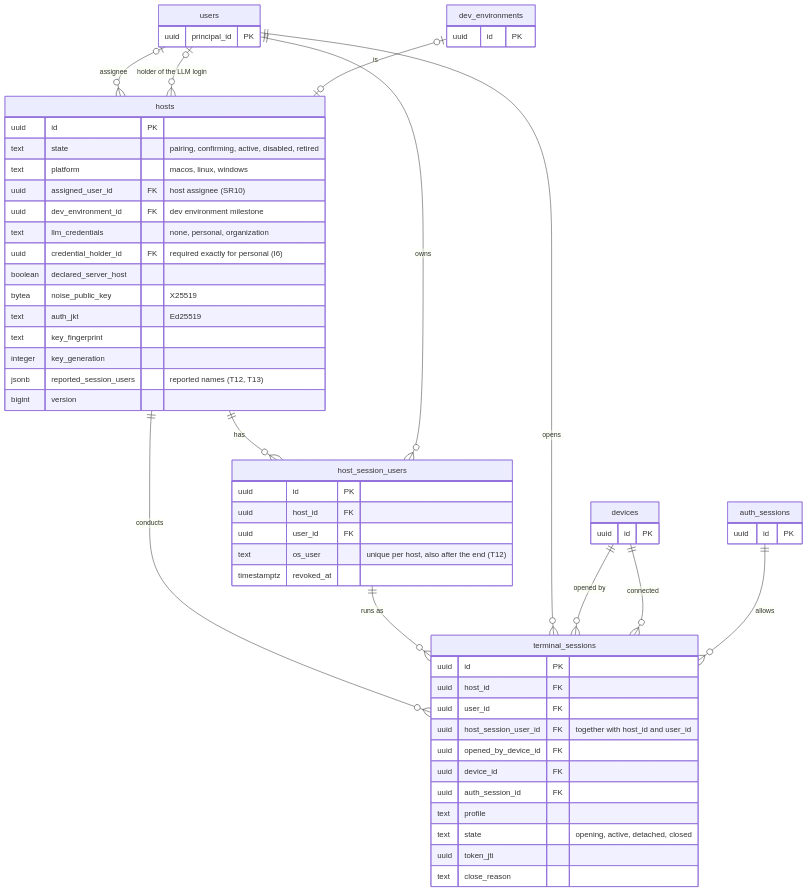
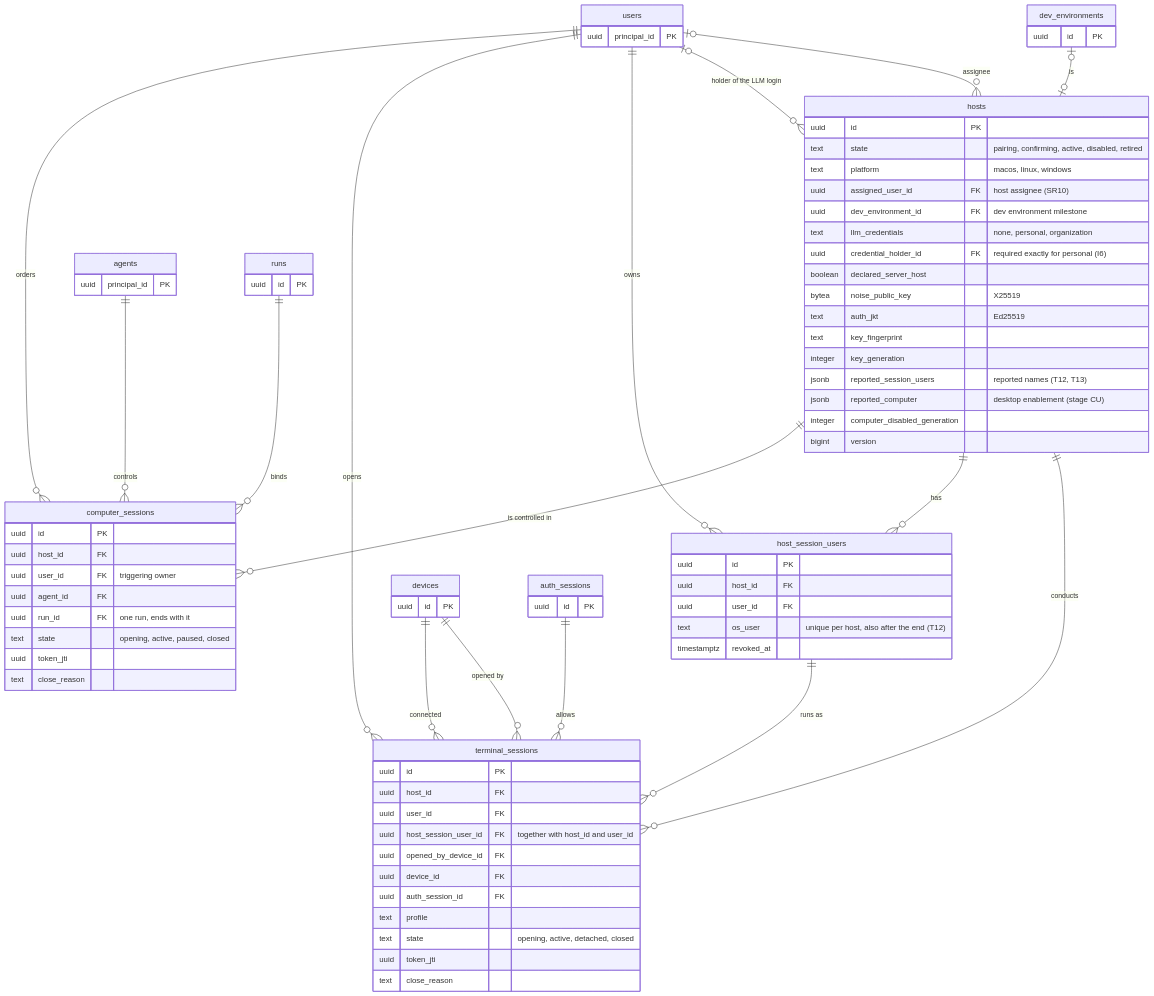
One commit to mguttmann/bothy changed the diagram in docs/architecture/erd-7-terminal.mmd. Above: the diagram before and after it, drawn with Mermaid. The commit also changed 659 other files, not shown here.

First line of the commit message:
feat: computer use (CU-01, CU-02, CU-03, CU-04, CU-05, CU-06, CU-07, FIX-windows-data-dir) (#1796)

```diff
--- a/docs/architecture/erd-7-terminal.mmd
+++ b/docs/architecture/erd-7-terminal.mmd
@@ -1,65 +1,87 @@
-%% ERD part 7: module terminal. Source: 03-data-model.md, 4.14; 24-terminal.md.
-%% Pure log columns (created_by, confirmed_by, llm_credentials_declared_by, revoked_by, closed_by) point to
+%% ERD part 7: module terminal. Source: 03-data-model.md, 4.14; 24-terminal.md; 27-computer-use.md.
+%% Pure log columns (created_by, confirmed_by, llm_credentials_declared_by, revoked_by, closed_by, stopped_by) point to
 %% principals(id) and are not drawn as a relationship.
 %% Tables of other modules only with their key. Grants on hosts are in part 2 (grants).
 erDiagram
   hosts {
     uuid id PK
     text state "pairing, confirming, active, disabled, retired"
     text platform "macos, linux, windows"
     uuid assigned_user_id FK "host assignee (SR10)"
     uuid dev_environment_id FK "dev environment milestone"
     text llm_credentials "none, personal, organization"
     uuid credential_holder_id FK "required exactly for personal (I6)"
     boolean declared_server_host
     bytea noise_public_key "X25519"
     text auth_jkt "Ed25519"
     text key_fingerprint
     integer key_generation
     jsonb reported_session_users "reported names (T12, T13)"
+    jsonb reported_computer "desktop enablement (stage CU)"
+    integer computer_disabled_generation
     bigint version
   }
   host_session_users {
     uuid id PK
     uuid host_id FK
     uuid user_id FK
     text os_user "unique per host, also after the end (T12)"
     timestamptz revoked_at
   }
   terminal_sessions {
     uuid id PK
     uuid host_id FK
     uuid user_id FK
     uuid host_session_user_id FK "together with host_id and user_id"
     uuid opened_by_device_id FK
     uuid device_id FK
     uuid auth_session_id FK
     text profile
     text state "opening, active, detached, closed"
     uuid token_jti
     text close_reason
   }
+  computer_sessions {
+    uuid id PK
+    uuid host_id FK
+    uuid user_id FK "triggering owner"
+    uuid agent_id FK
+    uuid run_id FK "one run, ends with it"
+    text state "opening, active, paused, closed"
+    uuid token_jti
+    text close_reason
+  }
   users {
     uuid principal_id PK
+  }
+  agents {
+    uuid principal_id PK
+  }
+  runs {
+    uuid id PK
   }
   devices {
     uuid id PK
   }
   auth_sessions {
     uuid id PK
   }
   dev_environments {
     uuid id PK
   }
 
   users |o--o{ hosts : "assignee"
   users |o--o{ hosts : "holder of the LLM login"
   dev_environments |o--o| hosts : "is"
   hosts ||--o{ terminal_sessions : "conducts"
   hosts ||--o{ host_session_users : "has"
   users ||--o{ host_session_users : "owns"
   host_session_users ||--o{ terminal_sessions : "runs as"
   users ||--o{ terminal_sessions : "opens"
   devices ||--o{ terminal_sessions : "opened by"
   devices ||--o{ terminal_sessions : "connected"
   auth_sessions ||--o{ terminal_sessions : "allows"
+  hosts ||--o{ computer_sessions : "is controlled in"
+  users ||--o{ computer_sessions : "orders"
+  agents ||--o{ computer_sessions : "controls"
+  runs ||--o{ computer_sessions : "binds"
```
